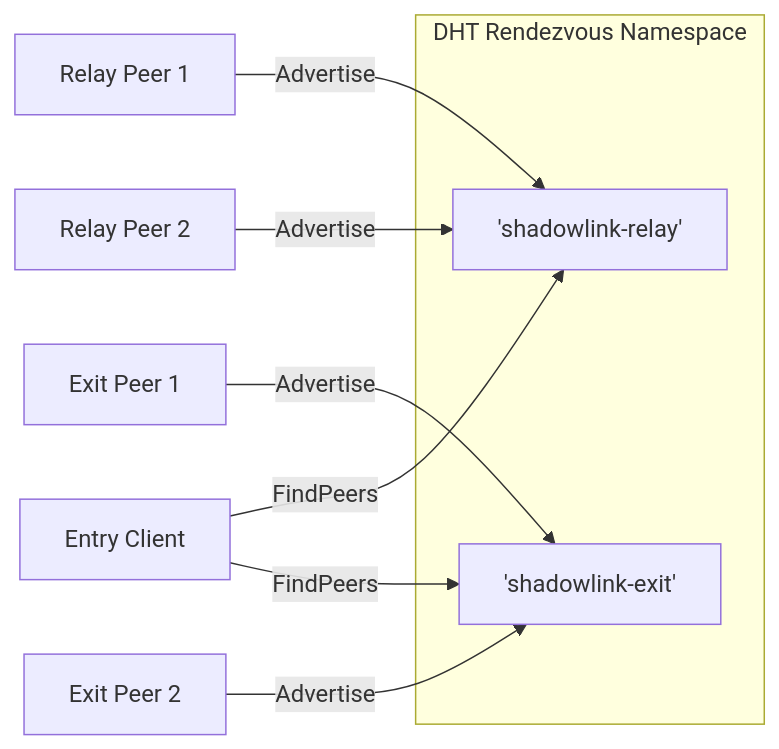
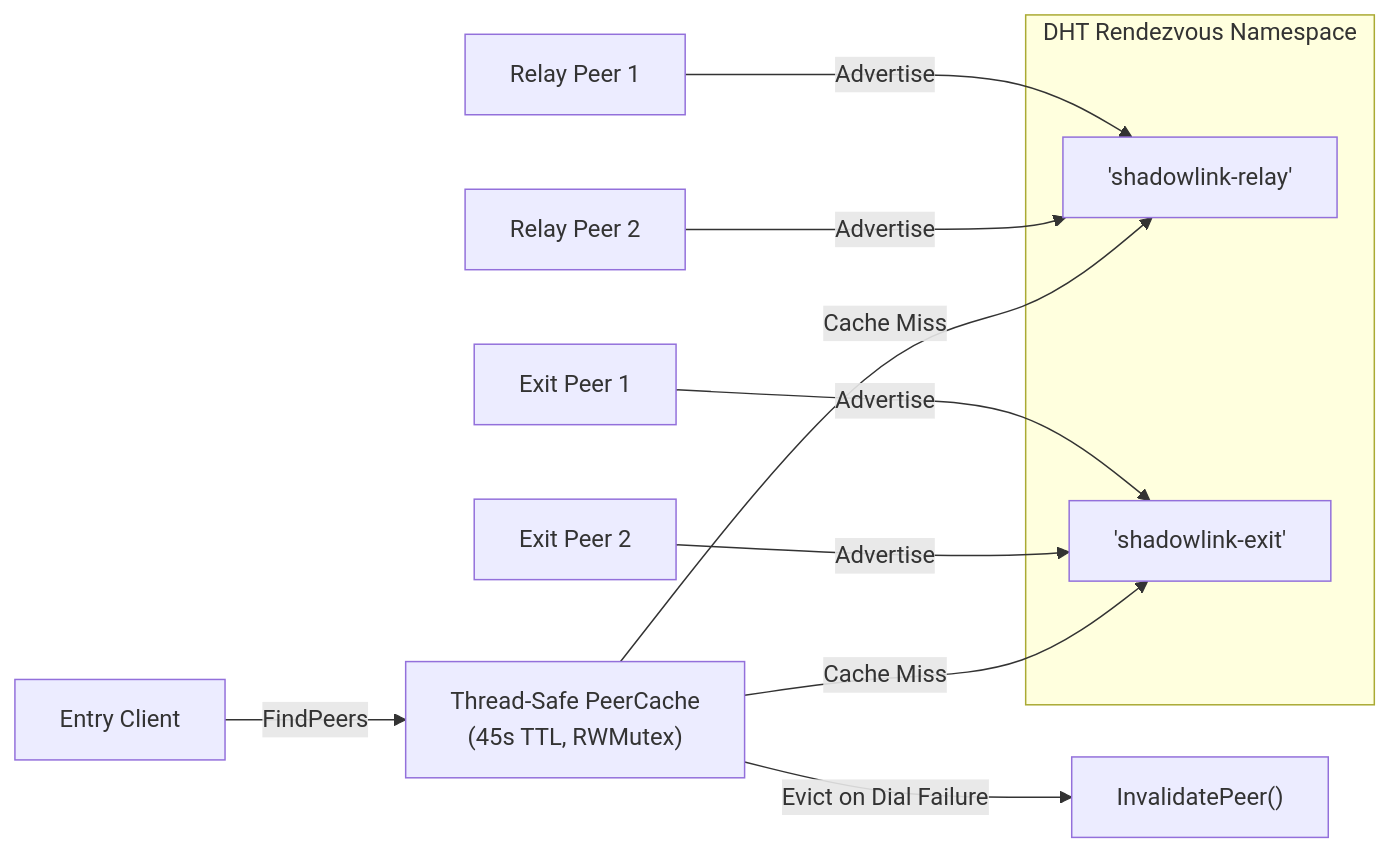
Before and after one commit to TUSHAR91316/ShadowLink: the third of 4 diagrams in ARCHITECTURE.md, drawn with Mermaid. The commit also changed other lines of this file and 5 other files, not shown here.

Commit message:
docs: update architecture, release notes, and benchmarks with peer caching and zero-allocation engine

````diff
--- a/ARCHITECTURE.md
+++ b/ARCHITECTURE.md
@@ -106,15 +109,17 @@
 ```mermaid
 graph LR
     subgraph "DHT Rendezvous Namespace"
         RelayRendezvous["'shadowlink-relay'"]
         ExitRendezvous["'shadowlink-exit'"]
     end
 
     Relay1["Relay Peer 1"] -->|Advertise| RelayRendezvous
     Relay2["Relay Peer 2"] -->|Advertise| RelayRendezvous
     Exit1["Exit Peer 1"] -->|Advertise| ExitRendezvous
     Exit2["Exit Peer 2"] -->|Advertise| ExitRendezvous
 
-    Client["Entry Client"] -->|FindPeers| RelayRendezvous
-    Client -->|FindPeers| ExitRendezvous
+    Client["Entry Client"] -->|FindPeers| PeerCache["Thread-Safe PeerCache\n(45s TTL, RWMutex)"]
+    PeerCache -->|Cache Miss| RelayRendezvous
+    PeerCache -->|Cache Miss| ExitRendezvous
+    PeerCache -->|Evict on Dial Failure| InvalidatePeer["InvalidatePeer()"]
 ```
````
